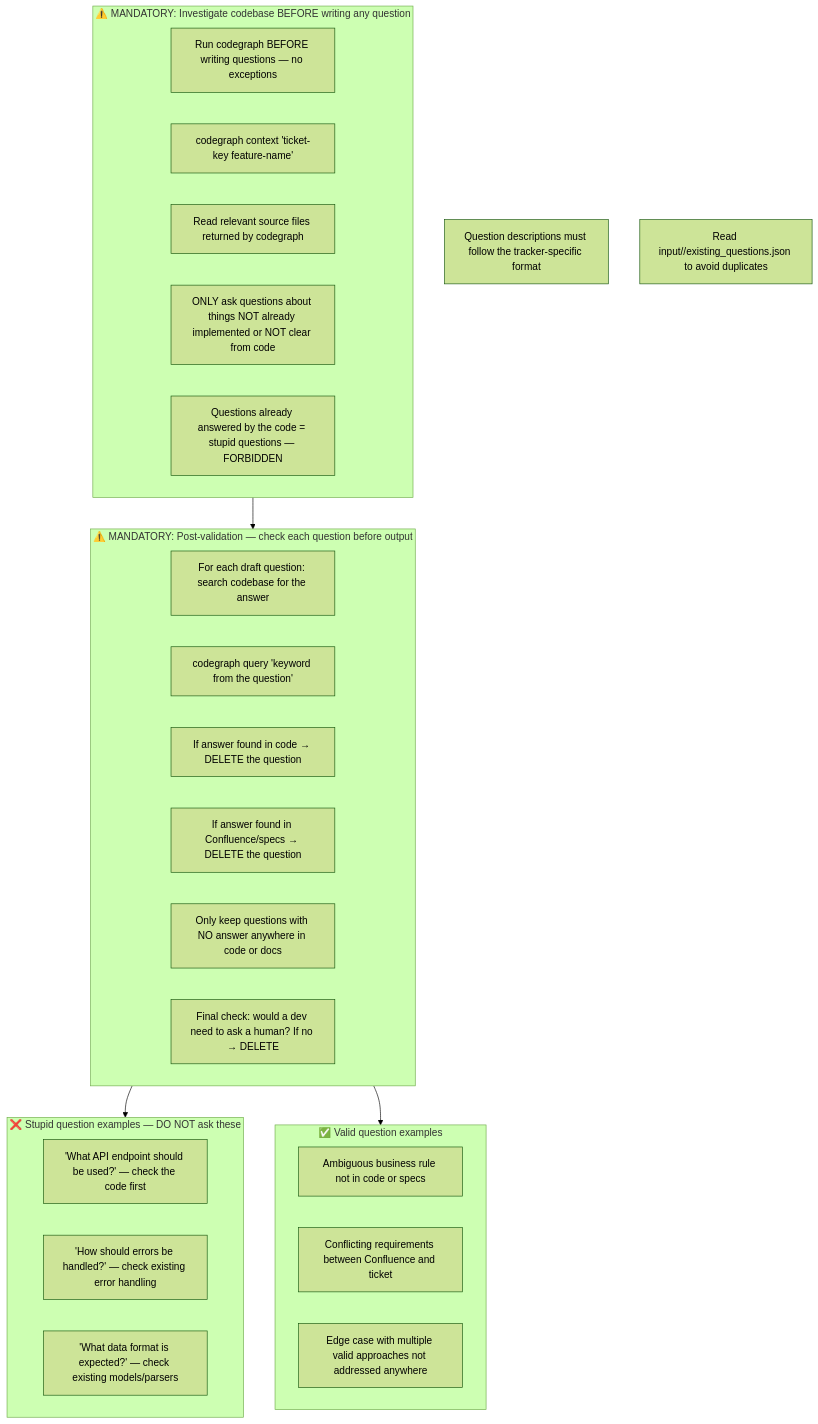
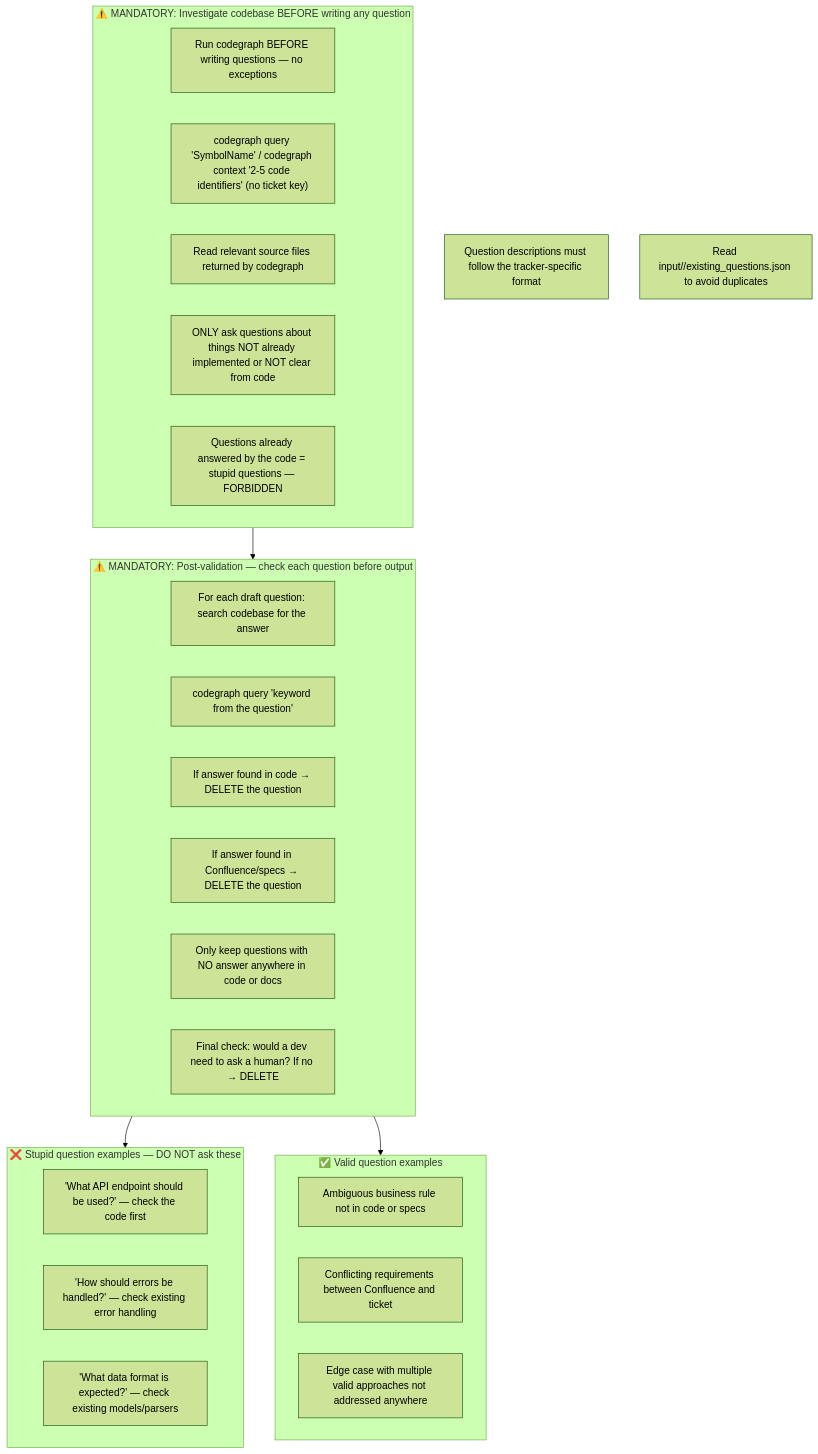
Before and after one commit to IstiN/dmtools-agents: the diagram in instructions/story_questions/general_guidelines.md, drawn with Mermaid (forest theme). The commit also changed 109 other files, not shown here.

````diff
--- a/instructions/story_questions/general_guidelines.md
+++ b/instructions/story_questions/general_guidelines.md
@@ -1,37 +1,37 @@
 ```mermaid
 flowchart TD
     G1["Question descriptions must follow the tracker-specific format"]
     G4["Read input/<ISSUE_KEY>/existing_questions.json to avoid duplicates"]
 
     subgraph CODEGRAPH["⚠️ MANDATORY: Investigate codebase BEFORE writing any question"]
         CG1["Run codegraph BEFORE writing questions — no exceptions"]
-        CG2["codegraph context 'ticket-key feature-name'"]
+        CG2["codegraph query 'SymbolName' / codegraph context '2-5 code identifiers' (no ticket key)"]
         CG3["Read relevant source files returned by codegraph"]
         CG4["ONLY ask questions about things NOT already implemented or NOT clear from code"]
         CG5["Questions already answered by the code = stupid questions — FORBIDDEN"]
     end
 
     subgraph VALIDATE["⚠️ MANDATORY: Post-validation — check each question before output"]
         V1["For each draft question: search codebase for the answer"]
         V2["codegraph query 'keyword from the question'"]
         V3["If answer found in code → DELETE the question"]
         V4["If answer found in Confluence/specs → DELETE the question"]
         V5["Only keep questions with NO answer anywhere in code or docs"]
         V6["Final check: would a dev need to ask a human? If no → DELETE"]
     end
 
     subgraph BAD["❌ Stupid question examples — DO NOT ask these"]
         B1["'What API endpoint should be used?' — check the code first"]
         B2["'How should errors be handled?' — check existing error handling"]
         B3["'What data format is expected?' — check existing models/parsers"]
     end
 
     subgraph GOOD["✅ Valid question examples"]
         GQ1["Ambiguous business rule not in code or specs"]
         GQ2["Conflicting requirements between Confluence and ticket"]
         GQ3["Edge case with multiple valid approaches not addressed anywhere"]
     end
 
     CODEGRAPH --> VALIDATE --> BAD
     VALIDATE --> GOOD
 ```
````
